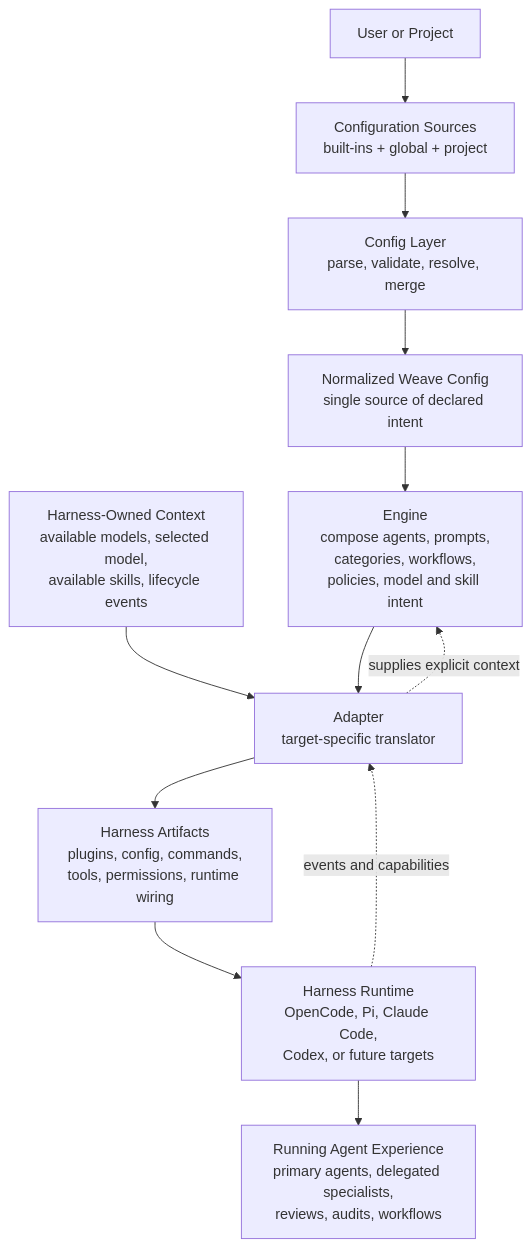
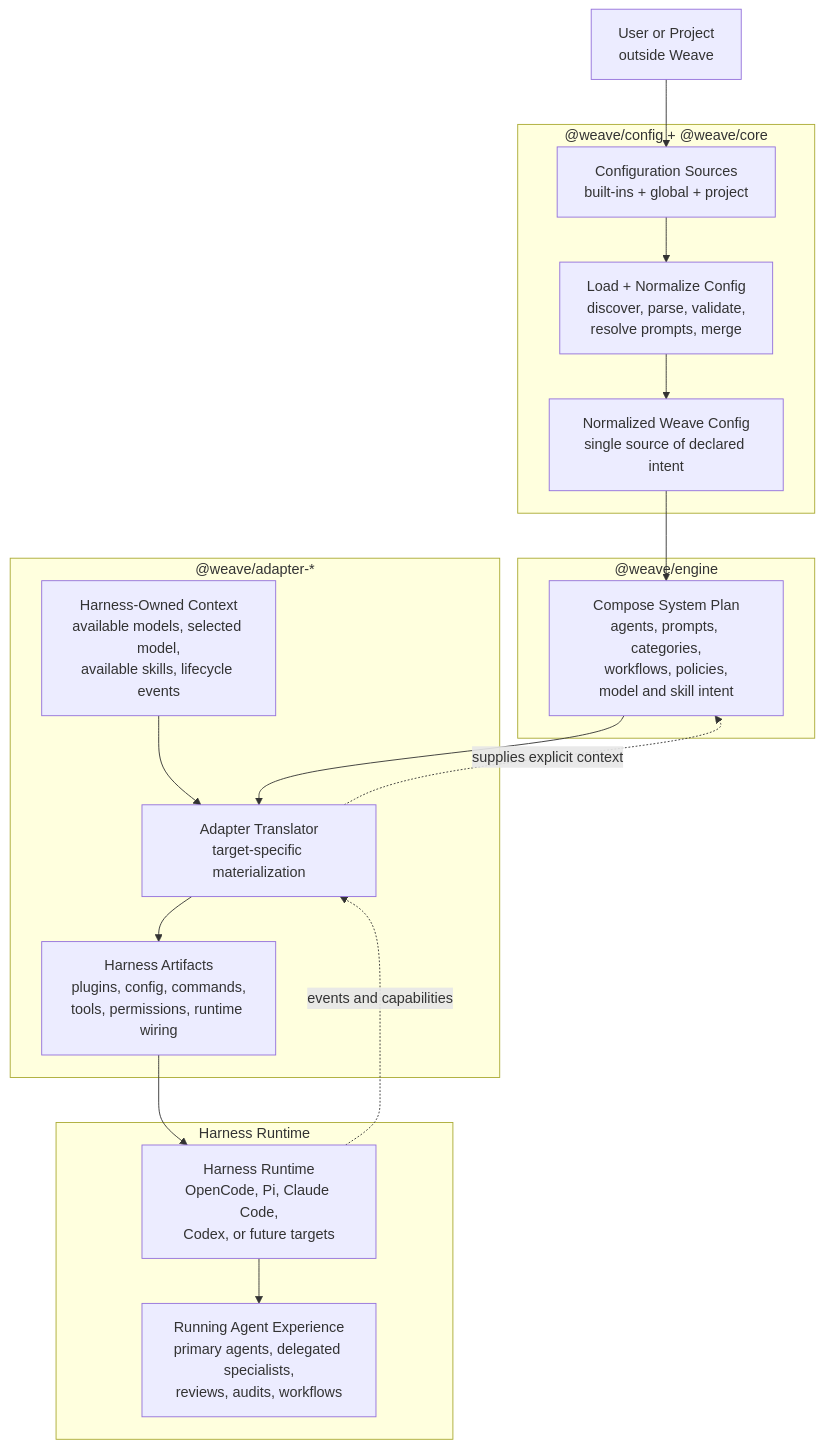
One commit to weave-io/weave changed the diagram in docs/system-architecture.md. Above: the diagram before and after it, drawn with Mermaid. The commit also changed other lines of this file, not shown here.

Commit message:
docs(architecture): label system layers

````diff
--- a/docs/system-architecture.md
+++ b/docs/system-architecture.md
@@ -17,18 +17,35 @@
 ```mermaid
 flowchart TD
-  User[User or Project] --> ConfigSources[Configuration Sources<br/>built-ins + global + project]
-  ConfigSources --> ConfigLayer[Config Layer<br/>parse, validate, resolve, merge]
-  ConfigLayer --> NormalizedConfig[Normalized Weave Config<br/>single source of declared intent]
+  User[User or Project<br/>outside Weave]
 
-  NormalizedConfig --> Engine[Engine<br/>compose agents, prompts,<br/>categories, workflows,<br/>policies, model and skill intent]
+  subgraph ConfigPackages["@weave/config + @weave/core"]
+    ConfigSources[Configuration Sources<br/>built-ins + global + project]
+    ConfigLayer[Load + Normalize Config<br/>discover, parse, validate,<br/>resolve prompts, merge]
+    NormalizedConfig[Normalized Weave Config<br/>single source of declared intent]
+    ConfigSources --> ConfigLayer --> NormalizedConfig
+  end
 
-  HarnessContext[Harness-Owned Context<br/>available models, selected model,<br/>available skills, lifecycle events] --> Adapter[Adapter<br/>target-specific translator]
+  subgraph EnginePackage["@weave/engine"]
+    Engine[Compose System Plan<br/>agents, prompts, categories,<br/>workflows, policies,<br/>model and skill intent]
+  end
+
+  subgraph AdapterPackage["@weave/adapter-*"]
+    HarnessContext[Harness-Owned Context<br/>available models, selected model,<br/>available skills, lifecycle events]
+    Adapter[Adapter Translator<br/>target-specific materialization]
+    HarnessArtifacts[Harness Artifacts<br/>plugins, config, commands,<br/>tools, permissions, runtime wiring]
+    HarnessContext --> Adapter --> HarnessArtifacts
+  end
+
+  subgraph HarnessLayer["Harness Runtime"]
+    Harness[Harness Runtime<br/>OpenCode, Pi, Claude Code,<br/>Codex, or future targets]
+    RunningAgents[Running Agent Experience<br/>primary agents, delegated specialists,<br/>reviews, audits, workflows]
+    Harness --> RunningAgents
+  end
+
+  User --> ConfigSources
+  NormalizedConfig --> Engine
+  Engine --> Adapter
   Adapter -. supplies explicit context .-> Engine
-  Engine --> Adapter
-
-  Adapter --> HarnessArtifacts[Harness Artifacts<br/>plugins, config, commands,<br/>tools, permissions, runtime wiring]
-  HarnessArtifacts --> Harness[Harness Runtime<br/>OpenCode, Pi, Claude Code,<br/>Codex, or future targets]
-
+  HarnessArtifacts --> Harness
   Harness -. events and capabilities .-> Adapter
-  Harness --> RunningAgents[Running Agent Experience<br/>primary agents, delegated specialists,<br/>reviews, audits, workflows]
 ```
````
